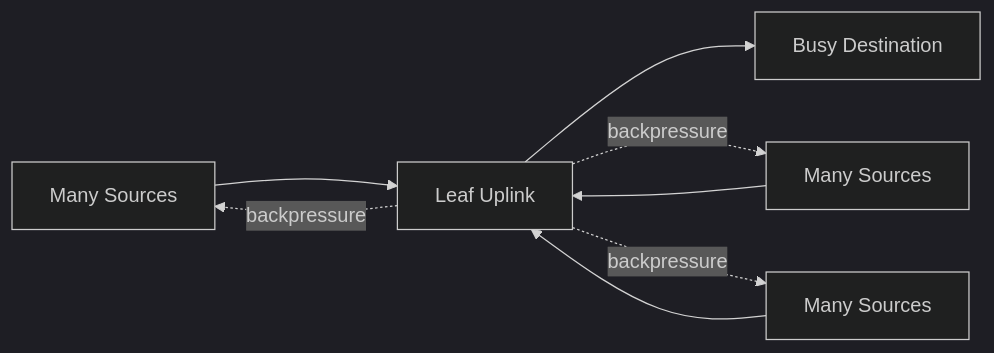
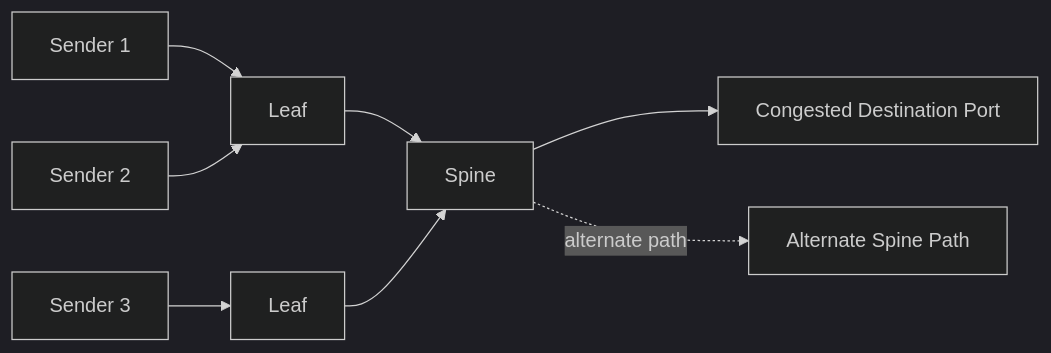
The first of 2 diagrams in docs/nvidia-zero-to-hero/volume-08/chapter-07-adaptive-routing-and-congestion-control.md (jithinpnjm/nvidia-devops), drawn with Mermaid (dark theme) before and after one commit. The commit also changed other lines of this file and 11 other files, not shown here.

````diff
--- a/docs/nvidia-zero-to-hero/volume-08/chapter-07-adaptive-routing-and-congestion-control.md
+++ b/docs/nvidia-zero-to-hero/volume-08/chapter-07-adaptive-routing-and-congestion-control.md
@@ -18,10 +54,10 @@
 ```mermaid
 flowchart LR
-    A[Many Sources] --> L[Leaf Uplink]
-    B[Many Sources] --> L
-    C[Many Sources] --> L
-    L --> D[Busy Destination]
-    L -. backpressure .-> A
-    L -. backpressure .-> B
-    L -. backpressure .-> C
+    S1[Sender 1] --> L1[Leaf]
+    S2[Sender 2] --> L1
+    S3[Sender 3] --> L2[Leaf]
+    L1 --> Spine[Spine]
+    L2 --> Spine
+    Spine --> Hot[Congested Destination Port]
+    Spine -. alternate path .-> Alt[Alternate Spine Path]
 ```
````
